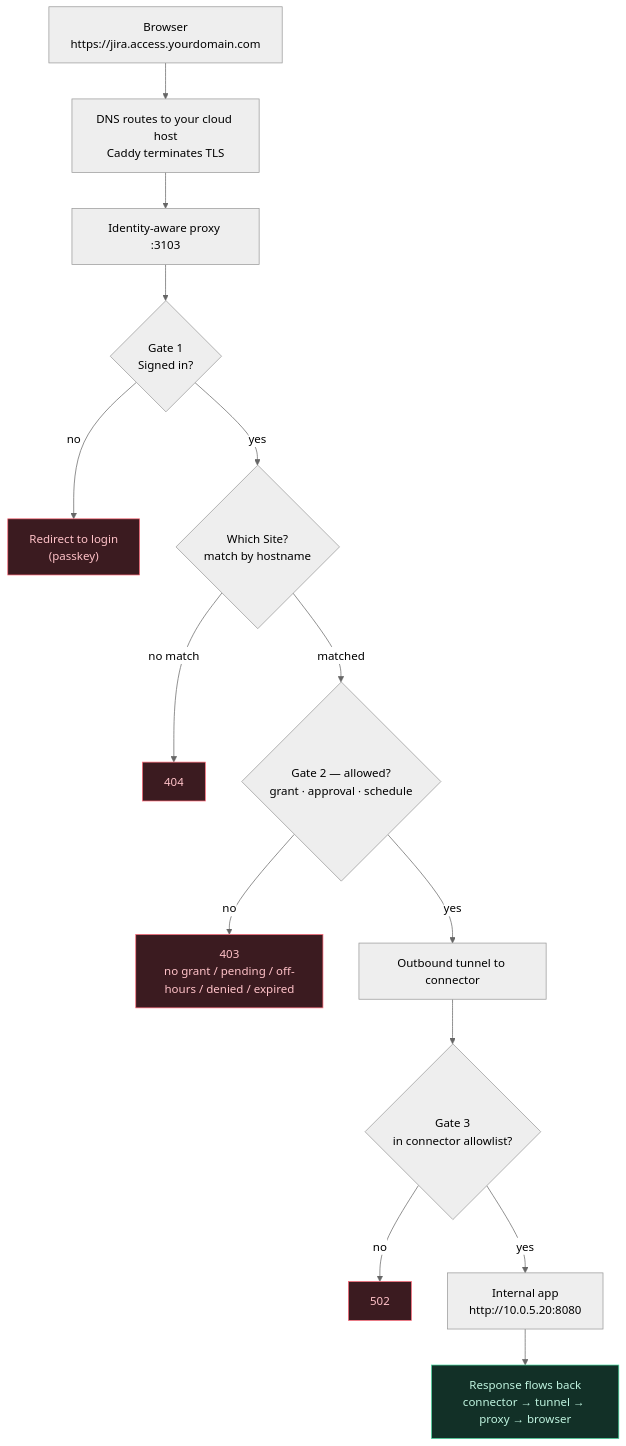
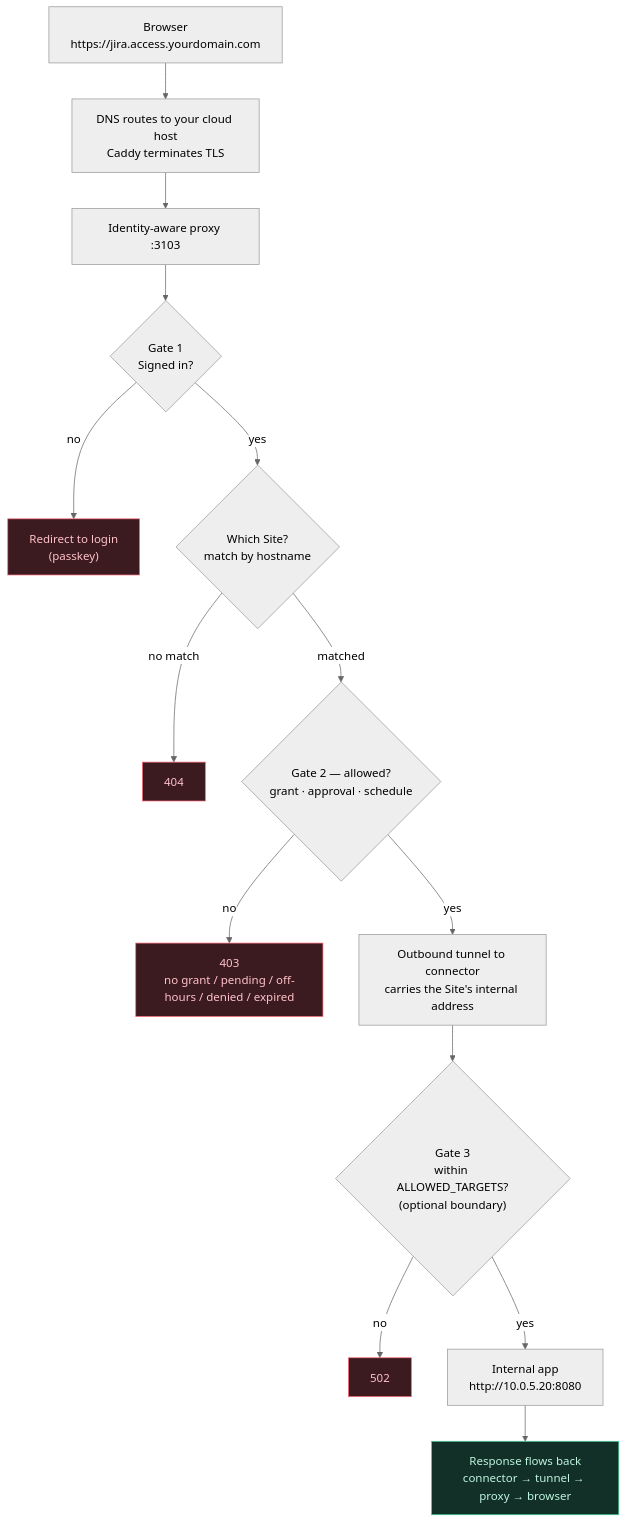
One commit to kurtserdar/captivo-access changed the diagram in docs/how-it-works.md. Above: the diagram before and after it, drawn with Mermaid (neutral theme). The commit also changed other lines of this file and 6 other files, not shown here.

First line of the commit message:
docs(connector): config-less connector — Site holds the address, optional ALLOWED_TARGETS

````diff
--- a/docs/how-it-works.md
+++ b/docs/how-it-works.md
@@ -53,21 +56,21 @@
 ```mermaid
 flowchart TD
     A["Browser<br/>https://jira.access.yourdomain.com"] --> B["DNS routes to your cloud host<br/>Caddy terminates TLS"]
     B --> C["Identity-aware proxy :3103"]
     C --> G1{"Gate 1<br/>Signed in?"}
     G1 -->|no| L["Redirect to login<br/>(passkey)"]
     G1 -->|yes| M{"Which Site?<br/>match by hostname"}
     M -->|no match| E404["404"]
     M -->|matched| G2{"Gate 2 — allowed?<br/>grant · approval · schedule"}
     G2 -->|no| E403["403<br/>no grant / pending / off-hours / denied / expired"]
-    G2 -->|yes| T["Outbound tunnel to connector"]
-    T --> G3{"Gate 3<br/>in connector allowlist?"}
+    G2 -->|yes| T["Outbound tunnel to connector<br/>carries the Site's internal address"]
+    T --> G3{"Gate 3<br/>within ALLOWED_TARGETS?<br/>(optional boundary)"}
     G3 -->|no| E502["502"]
     G3 -->|yes| APP["Internal app<br/>http://10.0.5.20:8080"]
     APP --> R["Response flows back<br/>connector → tunnel → proxy → browser"]
 
     classDef deny fill:#3b1b20,stroke:#ff6b7a,color:#ffc2c8;
     classDef ok fill:#123027,stroke:#42d19a,color:#bff3df;
     class L,E404,E403,E502 deny;
     class R ok;
 ```
````
